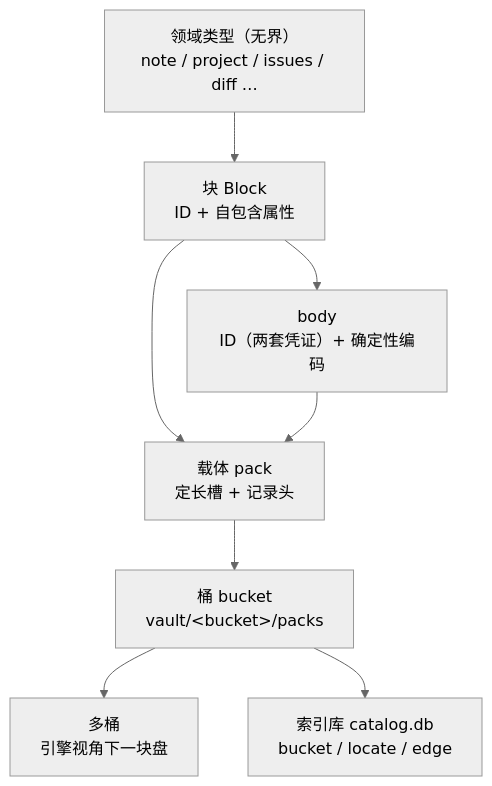
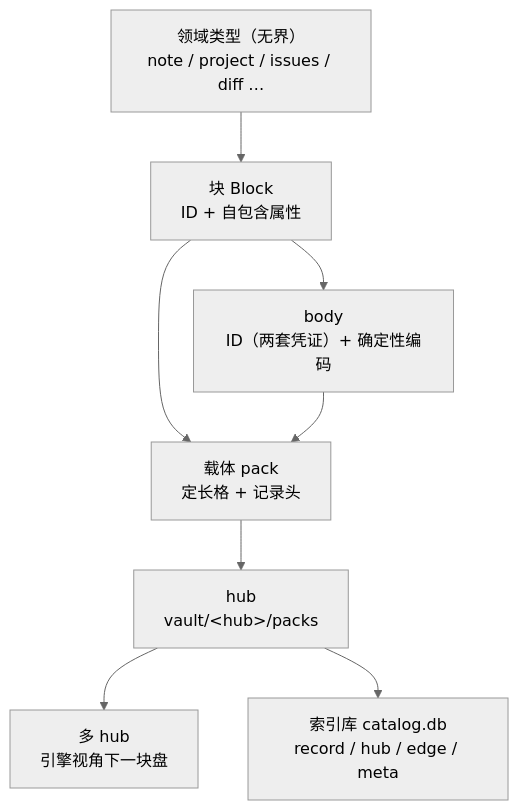
Before and after one commit to HanYang06/Cairn: the diagram in docs/architecture/storage-design.md, drawn with Mermaid (neutral theme). The commit also changed other lines of this file and 14 other files, not shown here.

````diff
--- a/docs/architecture/storage-design.md
+++ b/docs/architecture/storage-design.md
@@ -57,11 +57,11 @@
 ```mermaid
 graph TD
     T["领域类型（无界）<br/>note / project / issues / diff …"]
     T --> B["块 Block<br/>ID + 自包含属性"]
     B --> BD["body<br/>ID（两套凭证）+ 确定性编码"]
-    B --> P["载体 pack<br/>定长槽 + 记录头"]
+    B --> P["载体 pack<br/>定长格 + 记录头"]
     BD --> P
-    P --> K["桶 bucket<br/>vault/&lt;bucket&gt;/packs"]
-    K --> M["多桶<br/>引擎视角下一块盘"]
-    K --> I["索引库 catalog.db<br/>bucket / locate / edge"]
+    P --> K["hub<br/>vault/&lt;hub&gt;/packs"]
+    K --> M["多 hub<br/>引擎视角下一块盘"]
+    K --> I["索引库 catalog.db<br/>record / hub / edge / meta"]
 ```
````
